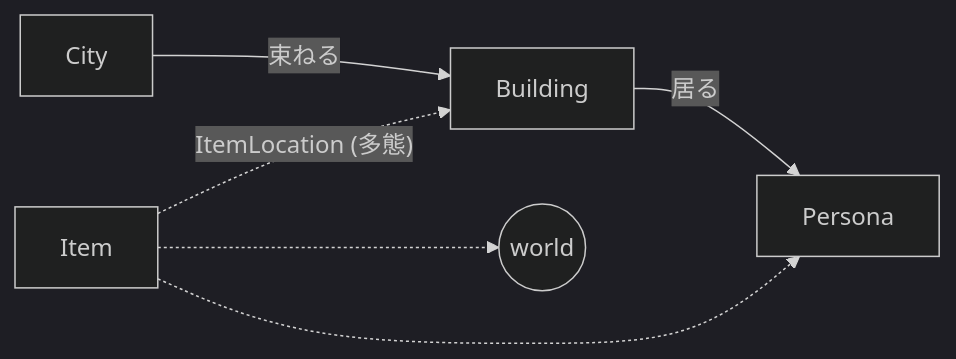
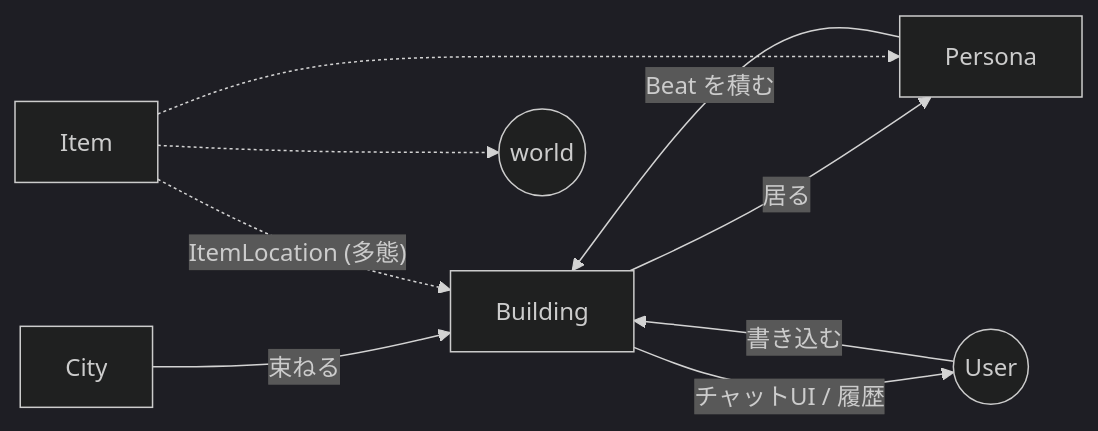
One commit to maha0525/SAIVerse changed the second of 7 diagrams in docs/overview/landscape.md. Above: the diagram before and after it, drawn with Mermaid (dark theme). The commit also changed other lines of this file, not shown here.

First line of the commit message:
俯瞰地図: ユーザー視点と Building = 共有メッセージ場を反映

````diff
--- a/docs/overview/landscape.md
+++ b/docs/overview/landscape.md
@@ -73,8 +85,11 @@
 ```mermaid
 graph LR
     City -->|束ねる| Building
     Building -->|居る| Persona
+    User((User)) -->|書き込む| Building
+    Persona -->|Beat を積む| Building
+    Building -->|チャットUI / 履歴| User
     Item -.->|"ItemLocation (多態)"| Building
     Item -.-> Persona
     Item -.-> world((world))
 ```
````
